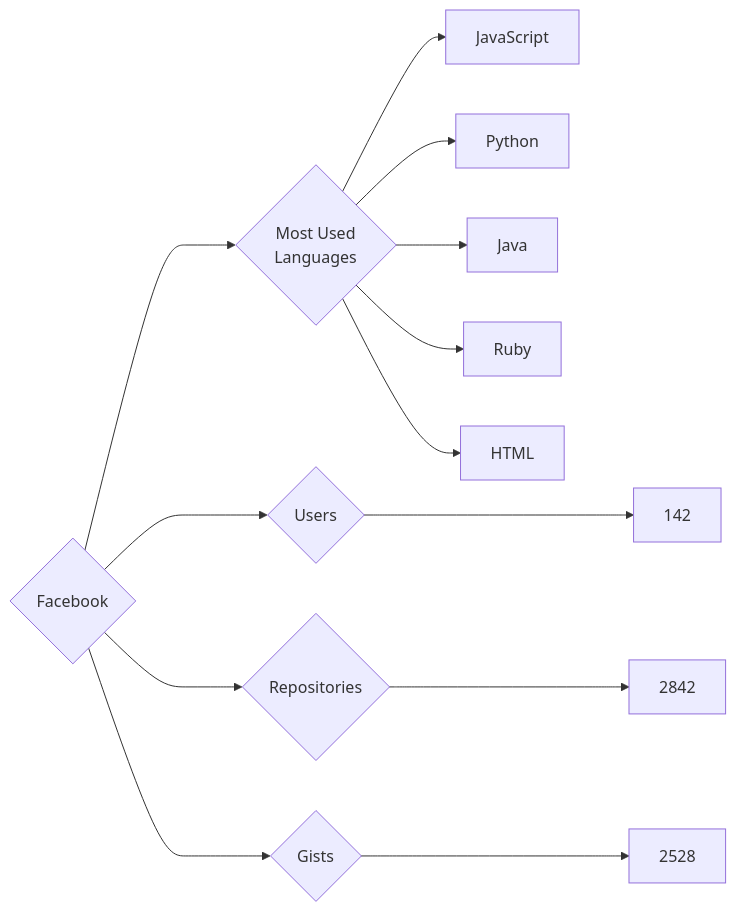
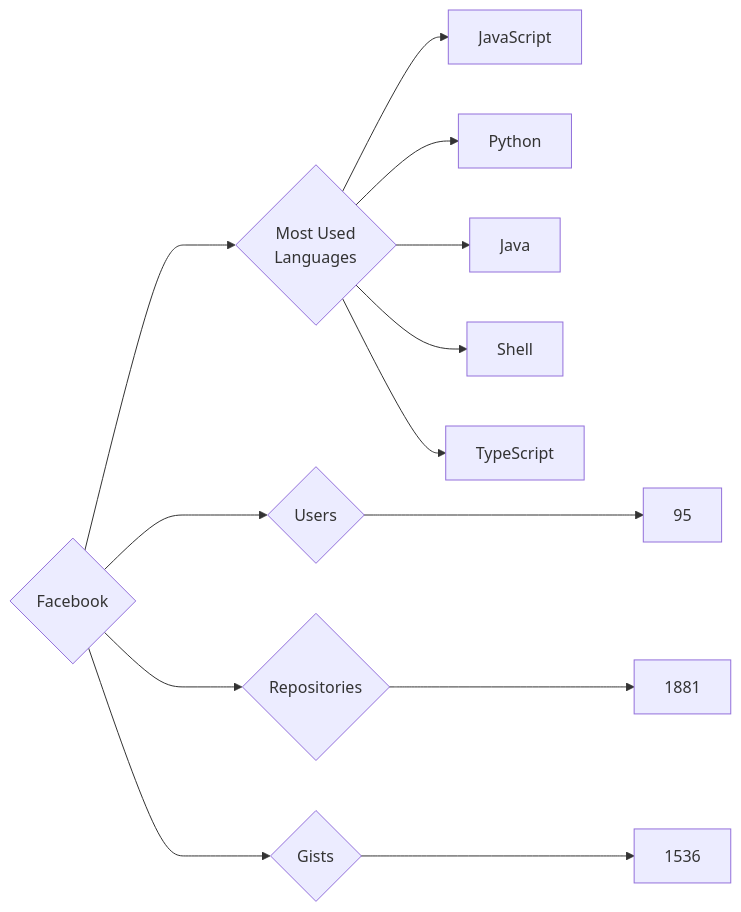
The diagram in targets/Facebook/README.md (trickest/insiders), drawn with Mermaid before and after one commit. The commit also changed 809 other files, not shown here.

````diff
--- a/targets/Facebook/README.md
+++ b/targets/Facebook/README.md
@@ -3,13 +3,13 @@
 ```mermaid
 graph LR
 COMPANY_NAME{Facebook}
-COMPANY_NAME ---> U{Users} ---> UN[142]
-COMPANY_NAME ---> R{Repositories} ---> RN[2842]
-COMPANY_NAME ---> G{Gists} ---> GN[2528]
+COMPANY_NAME ---> U{Users} ---> UN[95]
+COMPANY_NAME ---> R{Repositories} ---> RN[1881]
+COMPANY_NAME ---> G{Gists} ---> GN[1536]
 COMPANY_NAME ---> ML{Most Used<br>Languages}
 ML --> JavaScript[JavaScript]
 ML --> Python[Python]
 ML --> Java[Java]
-ML --> Ruby[Ruby]
-ML --> HTML[HTML]
+ML --> Shell[Shell]
+ML --> TypeScript[TypeScript]
 ```
````
